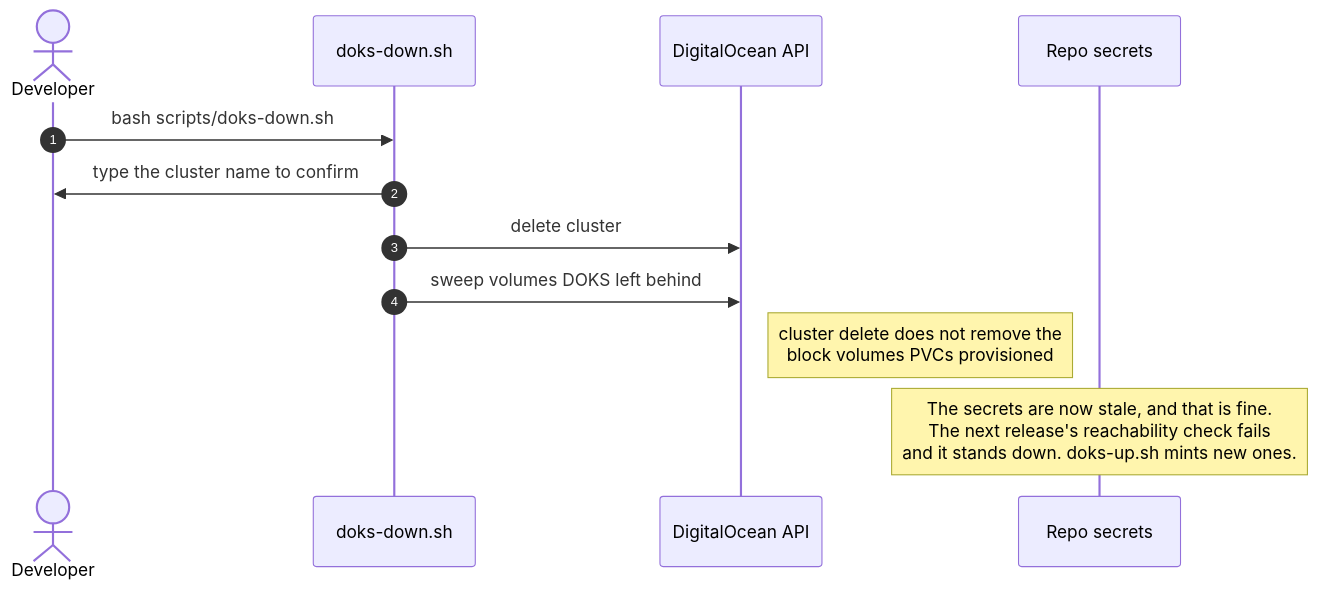
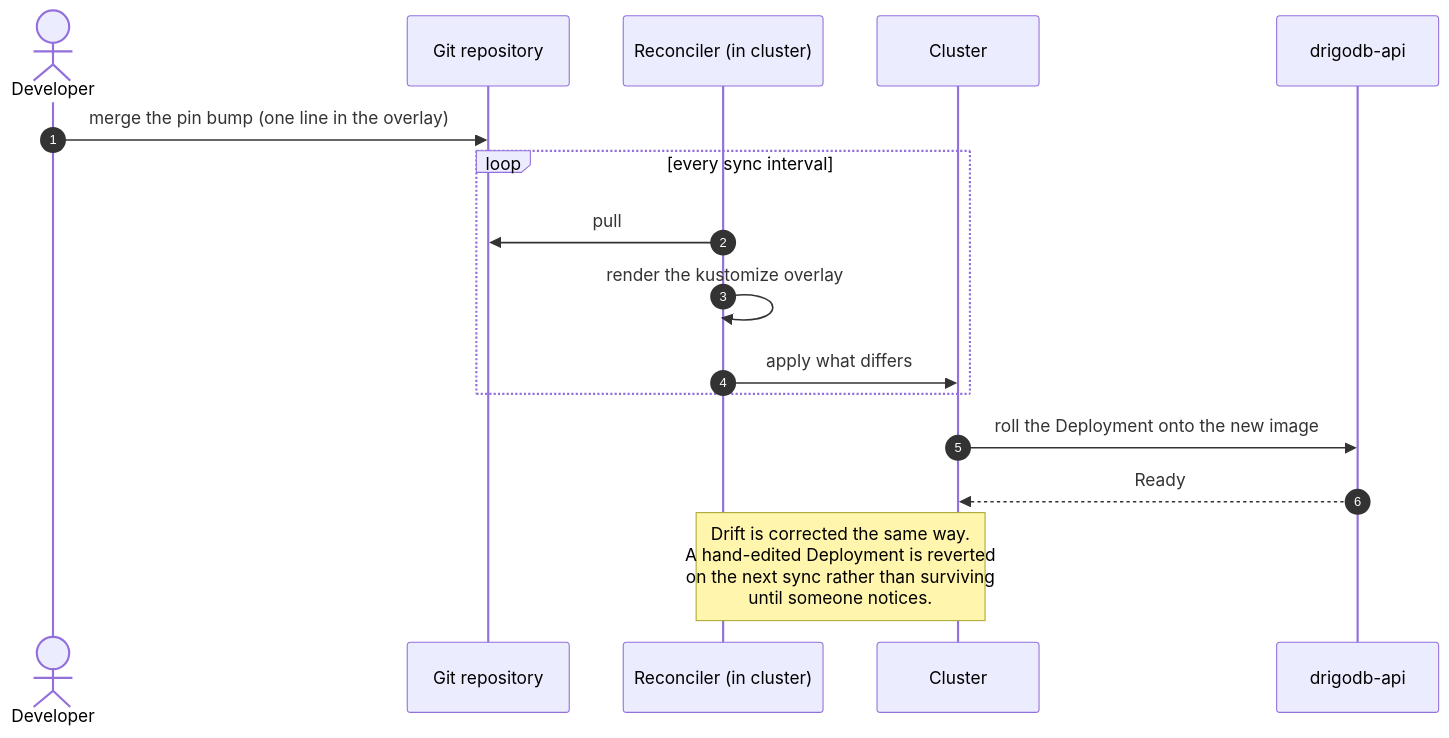
Before and after one commit to drigolabs/drigodb: the third of 4 diagrams in docs/diagrams/deploy-flow.md, drawn with Mermaid. The commit also changed other lines of this file and 2 other files, not shown here.

First line of the commit message:
docs: draw the deploy flow decision 0002 leads to, not the one being left

````diff
--- a/docs/diagrams/deploy-flow.md
+++ b/docs/diagrams/deploy-flow.md
@@ -114,15 +83,20 @@
 ```mermaid
 sequenceDiagram
     autonumber
     actor Dev as Developer
-    participant Down as doks-down.sh
-    participant DO as DigitalOcean API
-    participant GH as Repo secrets
+    participant Repo as Git repository
+    participant Agent as Reconciler (in cluster)
+    participant K8s as Cluster
+    participant API as drigodb-api
 
-    Dev->>Down: bash scripts/doks-down.sh
-    Down->>Dev: type the cluster name to confirm
-    Down->>DO: delete cluster
-    Down->>DO: sweep volumes DOKS left behind
-    Note right of DO: cluster delete does not remove the<br/>block volumes PVCs provisioned
-    Note over GH: The secrets are now stale, and that is fine.<br/>The next release's reachability check fails<br/>and it stands down. doks-up.sh mints new ones.
+    Dev->>Repo: merge the pin bump (one line in the overlay)
+    loop every sync interval
+        Agent->>Repo: pull
+        Agent->>Agent: render the kustomize overlay
+        Agent->>K8s: apply what differs
+    end
+    K8s->>API: roll the Deployment onto the new image
+    API-->>K8s: Ready
+
+    Note over Agent,K8s: Drift is corrected the same way.<br/>A hand-edited Deployment is reverted<br/>on the next sync rather than surviving<br/>until someone notices.
 ```
````
